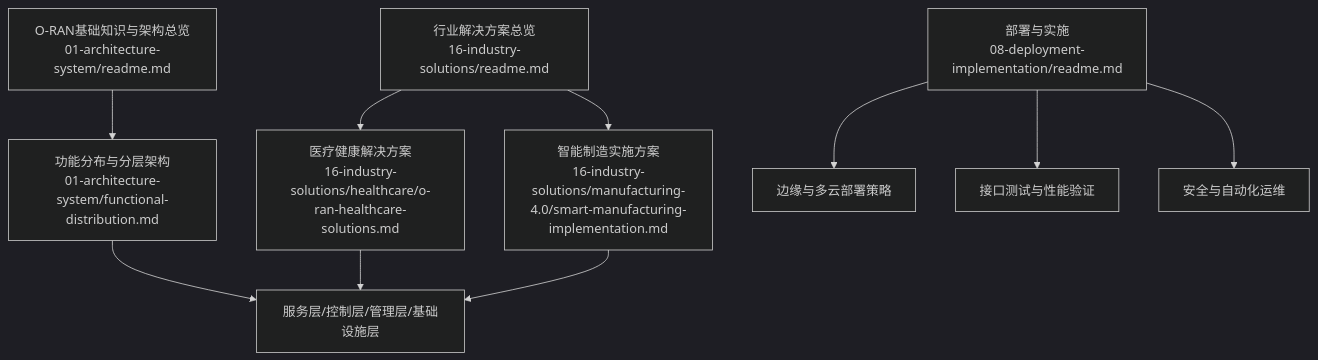
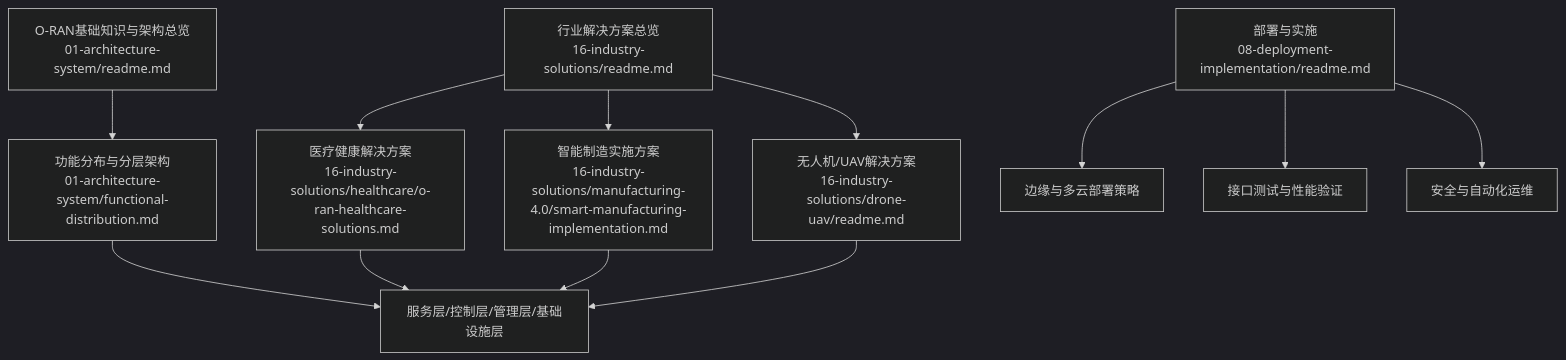
The first of 7 diagrams in .qoder/repowiki/zh/content/行业解决方案/行业解决方案.md (allengaller/oran-database), drawn with Mermaid (dark theme) before and after one commit. The commit also changed other lines of this file and 3 other files, not shown here.

````diff
--- a/.qoder/repowiki/zh/content/行业解决方案/行业解决方案.md
+++ b/.qoder/repowiki/zh/content/行业解决方案/行业解决方案.md
@@ -32,12 +41,14 @@
 ```mermaid
 graph TB
 A["行业解决方案总览<br/>16-industry-solutions/readme.md"] --> B["医疗健康解决方案<br/>16-industry-solutions/healthcare/o-ran-healthcare-solutions.md"]
 A --> C["智能制造实施方案<br/>16-industry-solutions/manufacturing-4.0/smart-manufacturing-implementation.md"]
-D["O-RAN基础知识与架构总览<br/>01-architecture-system/readme.md"] --> E["功能分布与分层架构<br/>01-architecture-system/functional-distribution.md"]
-F["部署与实施<br/>08-deployment-implementation/readme.md"] --> G["边缘与多云部署策略"]
-F --> H["接口测试与性能验证"]
-F --> I["安全与自动化运维"]
-E --> J["服务层/控制层/管理层/基础设施层"]
-B --> J
-C --> J
+A --> D["无人机/UAV解决方案<br/>16-industry-solutions/drone-uav/readme.md"]
+E["O-RAN基础知识与架构总览<br/>01-architecture-system/readme.md"] --> F["功能分布与分层架构<br/>01-architecture-system/functional-distribution.md"]
+G["部署与实施<br/>08-deployment-implementation/readme.md"] --> H["边缘与多云部署策略"]
+G --> I["接口测试与性能验证"]
+G --> J["安全与自动化运维"]
+F --> K["服务层/控制层/管理层/基础设施层"]
+B --> K
+C --> K
+D --> K
 ```
````
